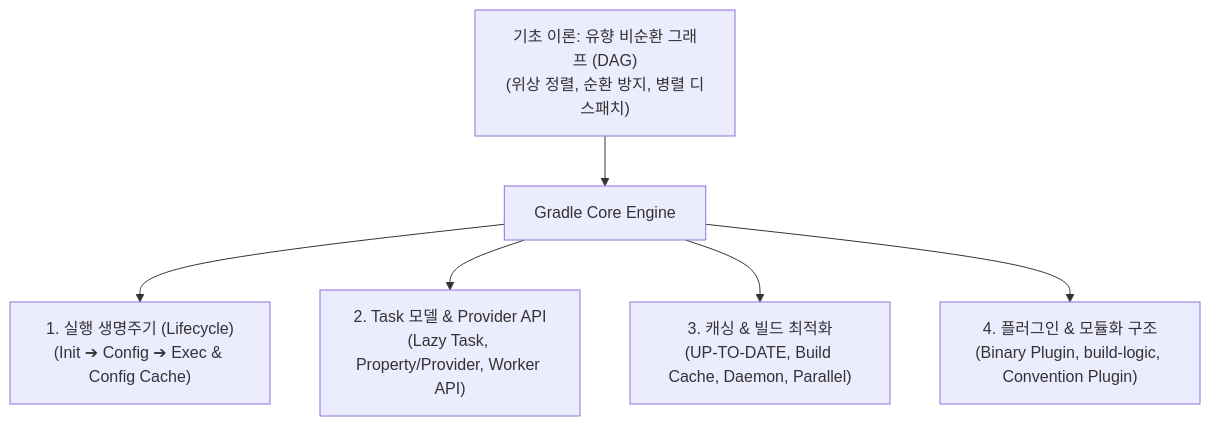
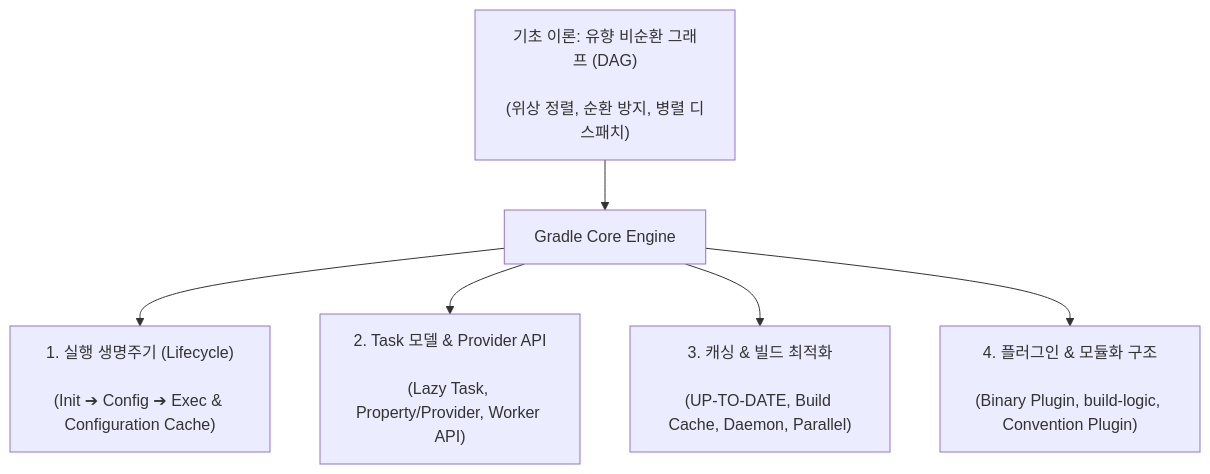
One commit to youngmin-gwon/what-i-studied changed the diagram in 01_inbox/mobile/android/03_packaging_deployment/build/gradle/gradle-build/gradle-core.md. Above: the diagram before and after it, drawn with Mermaid. The commit also changed other lines of this file and 18 other files, not shown here.

````diff
--- a/01_inbox/mobile/android/03_packaging_deployment/build/gradle/gradle-build/gradle-core.md
+++ b/01_inbox/mobile/android/03_packaging_deployment/build/gradle/gradle-build/gradle-core.md
@@ -17,8 +17,8 @@
 ```mermaid
 flowchart TD
-    DAG["기초 이론: 유향 비순환 그래프 (DAG)<br/>(위상 정렬, 순환 방지, 병렬 디스패치)"] --> Engine["Gradle Core Engine"]
-    Engine --> Lifecycle["1. 실행 생명주기 (Lifecycle)<br/>(Init ➔ Config ➔ Exec & Config Cache)"]
-    Engine --> TaskAPI["2. Task 모델 & Provider API<br/>(Lazy Task, Property/Provider, Worker API)"]
-    Engine --> Optimization["3. 캐싱 & 빌드 최적화<br/>(UP-TO-DATE, Build Cache, Daemon, Parallel)"]
-    Engine --> Plugins["4. 플러그인 & 모듈화 구조<br/>(Binary Plugin, build-logic, Convention Plugin)"]
+    DAG["기초 이론: 유향 비순환 그래프 (DAG)<br/><br/>(위상 정렬, 순환 방지, 병렬 디스패치)"] --> Engine["Gradle Core Engine"]
+    Engine --> Lifecycle["1. 실행 생명주기 (Lifecycle)<br/><br/>(Init ➔ Config ➔ Exec & Configuration Cache)"]
+    Engine --> TaskAPI["2. Task 모델 & Provider API<br/><br/>(Lazy Task, Property/Provider, Worker API)"]
+    Engine --> Optimization["3. 캐싱 & 빌드 최적화<br/><br/>(UP-TO-DATE, Build Cache, Daemon, Parallel)"]
+    Engine --> Plugins["4. 플러그인 & 모듈화 구조<br/><br/>(Binary Plugin, build-logic, Convention Plugin)"]
 ```
````
